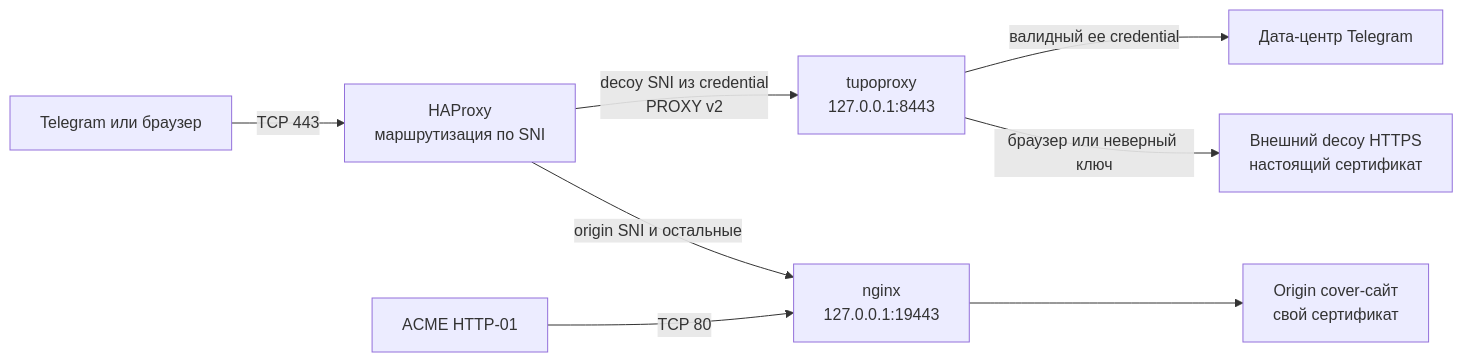
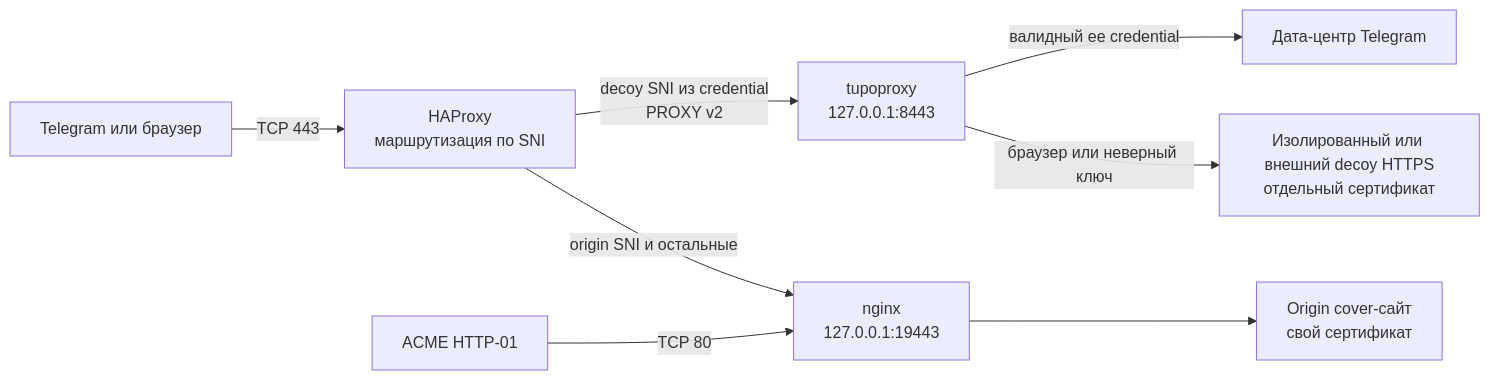
One commit to wasteprince/tupoproxy changed the diagram in README.md. Above: the diagram before and after it, drawn with Mermaid. The commit also changed other lines of this file and 7 other files, not shown here.

````diff
--- a/README.md
+++ b/README.md
@@ -51,10 +51,10 @@
 ```mermaid
 flowchart LR
     A[Telegram или браузер] -->|TCP 443| H[HAProxy<br>маршрутизация по SNI]
     H -->|decoy SNI из credential<br>PROXY v2| T[tupoproxy<br>127.0.0.1:8443]
     H -->|origin SNI и остальные| N[nginx<br>127.0.0.1:19443]
     T -->|валидный ee credential| G[Дата-центр Telegram]
-    T -->|браузер или неверный ключ| D[Внешний decoy HTTPS<br>настоящий сертификат]
+    T -->|браузер или неверный ключ| D[Изолированный или внешний decoy HTTPS<br>отдельный сертификат]
     N --> C[Origin cover-сайт<br>свой сертификат]
     E[ACME HTTP-01] -->|TCP 80| N
 ```
````
